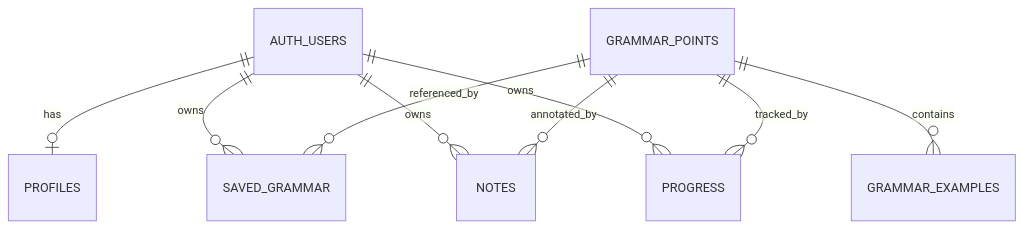
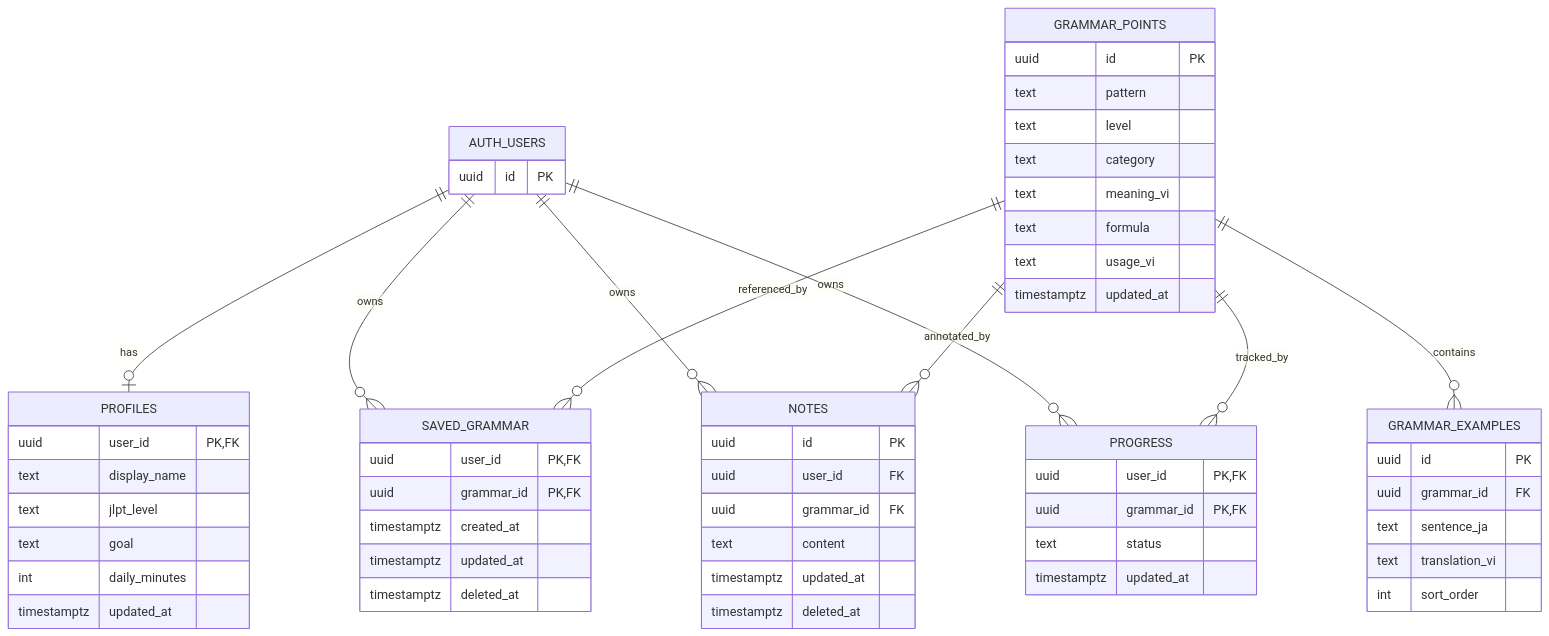
The second of 2 diagrams in documents/reports/Capstone-Report-2-Architecture-Preview.md (bunly-app/bunly), drawn with Mermaid before and after one commit. The commit also changed other lines of this file and 4 other files, not shown here.

````diff
--- a/documents/reports/Capstone-Report-2-Architecture-Preview.md
+++ b/documents/reports/Capstone-Report-2-Architecture-Preview.md
@@ -46,11 +46,60 @@
 ```mermaid
 erDiagram
+    AUTH_USERS {
+        uuid id PK
+    }
+    PROFILES {
+        uuid user_id PK, FK
+        text display_name
+        text jlpt_level
+        text goal
+        int daily_minutes
+        timestamptz updated_at
+    }
+    GRAMMAR_POINTS {
+        uuid id PK
+        text pattern
+        text level
+        text category
+        text meaning_vi
+        text formula
+        text usage_vi
+        timestamptz updated_at
+    }
+    GRAMMAR_EXAMPLES {
+        uuid id PK
+        uuid grammar_id FK
+        text sentence_ja
+        text translation_vi
+        int sort_order
+    }
+    SAVED_GRAMMAR {
+        uuid user_id PK, FK
+        uuid grammar_id PK, FK
+        timestamptz created_at
+        timestamptz updated_at
+        timestamptz deleted_at
+    }
+    NOTES {
+        uuid id PK
+        uuid user_id FK
+        uuid grammar_id FK
+        text content
+        timestamptz updated_at
+        timestamptz deleted_at
+    }
+    PROGRESS {
+        uuid user_id PK, FK
+        uuid grammar_id PK, FK
+        text status
+        timestamptz updated_at
+    }
     AUTH_USERS ||--o| PROFILES : has
     AUTH_USERS ||--o{ SAVED_GRAMMAR : owns
     AUTH_USERS ||--o{ NOTES : owns
     AUTH_USERS ||--o{ PROGRESS : owns
     GRAMMAR_POINTS ||--o{ GRAMMAR_EXAMPLES : contains
     GRAMMAR_POINTS ||--o{ SAVED_GRAMMAR : referenced_by
     GRAMMAR_POINTS ||--o{ NOTES : annotated_by
     GRAMMAR_POINTS ||--o{ PROGRESS : tracked_by
 ```
````
